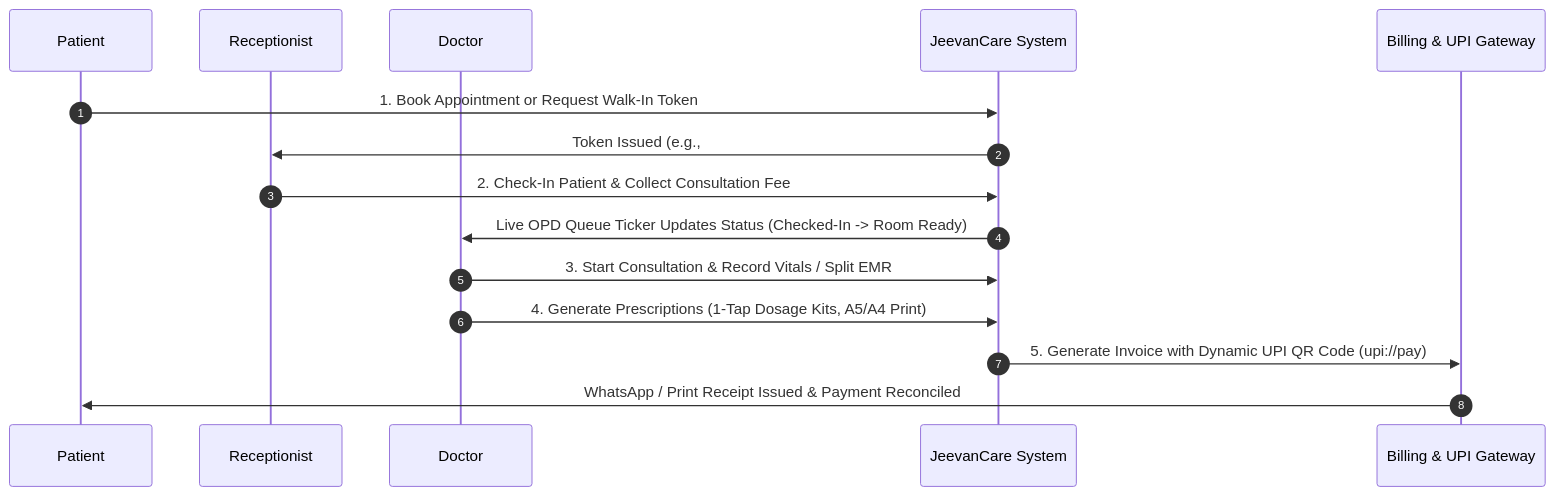
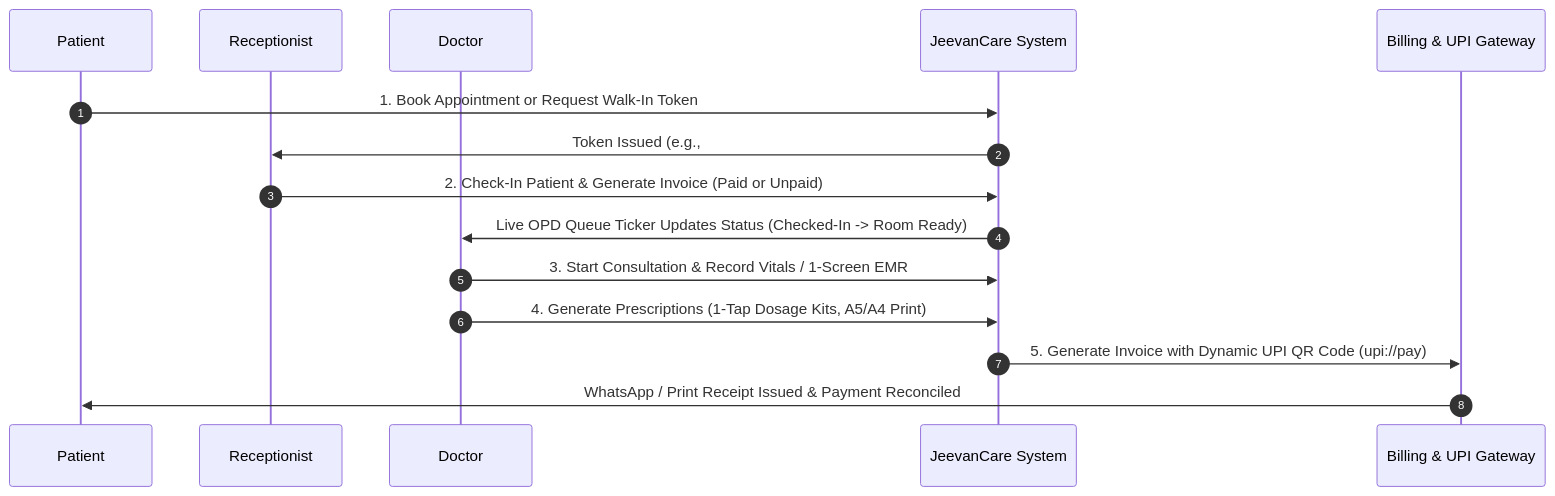
The second of 2 diagrams in JEEVANCARE_EXECUTIVE_PRESENTATION_REPORT.md (lakshmistoresonline-afk/JeevanCare), drawn with Mermaid before and after one commit. The commit also changed other lines of this file, not shown here.

Commit message:
docs(reports): update master product presentation reports with complete v4.0 architecture, workflow fixes, and production release notes

````diff
--- a/JEEVANCARE_EXECUTIVE_PRESENTATION_REPORT.md
+++ b/JEEVANCARE_EXECUTIVE_PRESENTATION_REPORT.md
@@ -72,18 +83,18 @@
 ```mermaid
 sequenceDiagram
     autonumber
     participant P as Patient
     participant R as Receptionist
     participant D as Doctor
     participant S as JeevanCare System
     participant B as Billing & UPI Gateway
 
     P->>S: 1. Book Appointment or Request Walk-In Token
     S->>R: Token Issued (e.g., #T-01) in OPD Queue
-    R->>S: 2. Check-In Patient & Collect Consultation Fee
+    R->>S: 2. Check-In Patient & Generate Invoice (Paid or Unpaid)
     S->>D: Live OPD Queue Ticker Updates Status (Checked-In -> Room Ready)
-    D->>S: 3. Start Consultation & Record Vitals / Split EMR
+    D->>S: 3. Start Consultation & Record Vitals / 1-Screen EMR
     D->>S: 4. Generate Prescriptions (1-Tap Dosage Kits, A5/A4 Print)
     S->>B: 5. Generate Invoice with Dynamic UPI QR Code (upi://pay)
     B->>P: WhatsApp / Print Receipt Issued & Payment Reconciled
 ```
````
